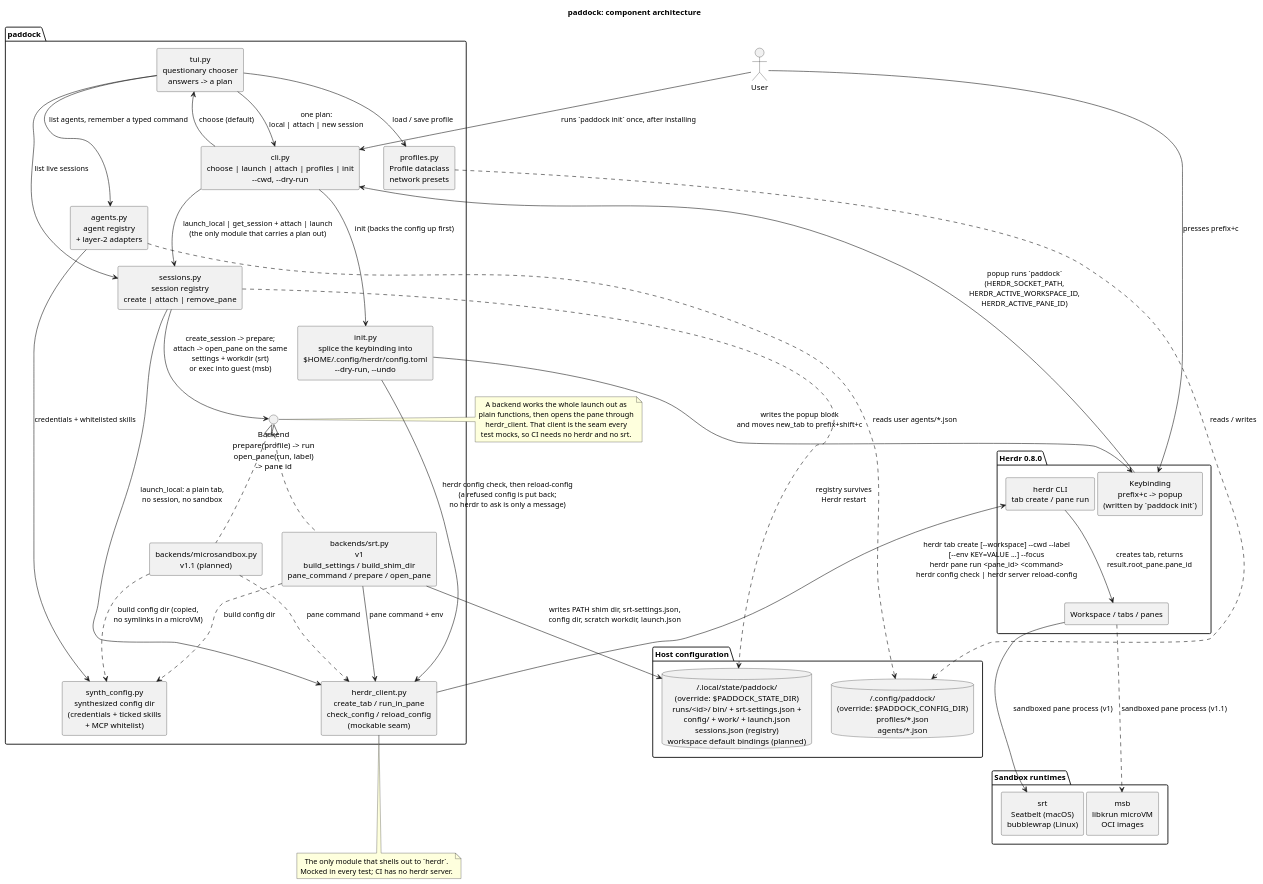
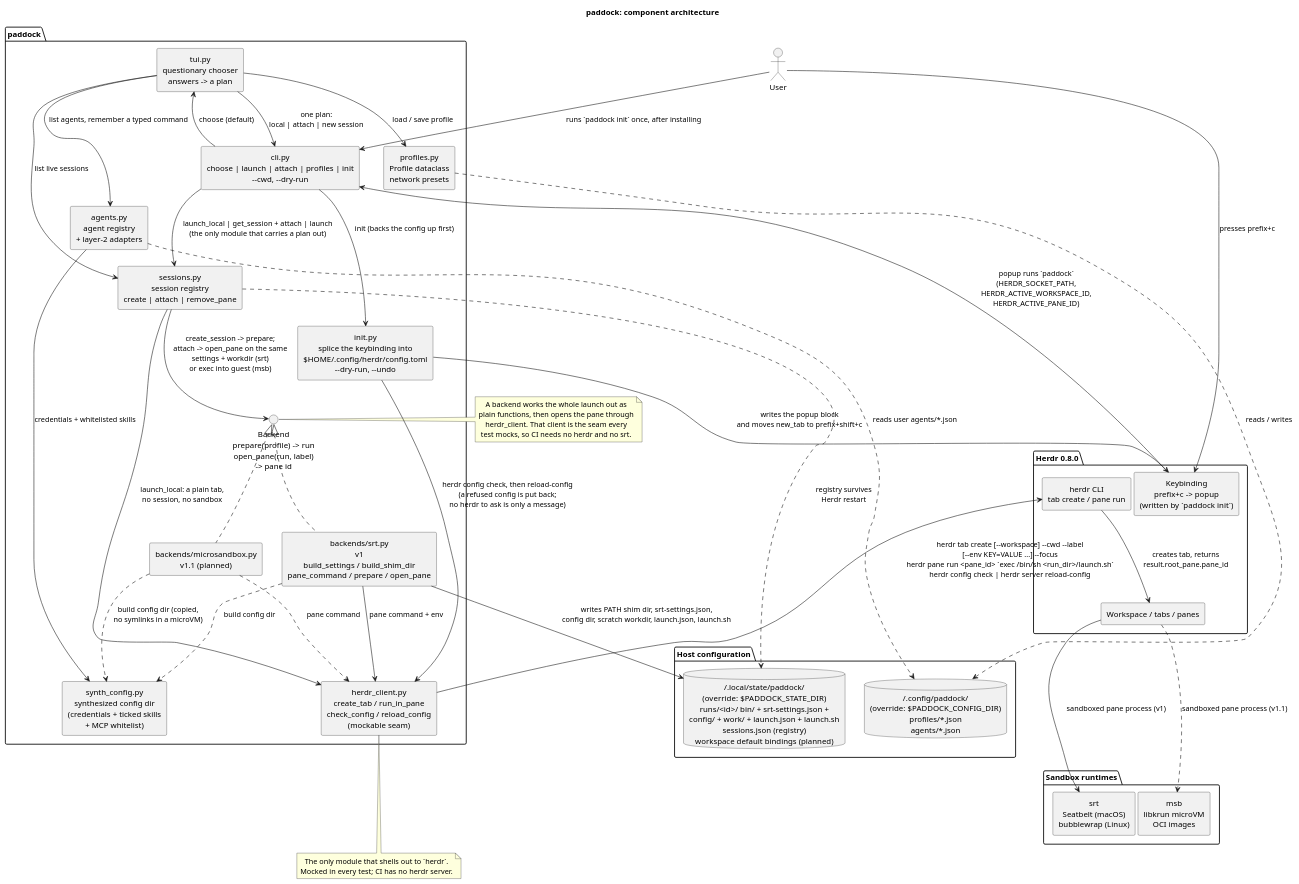
Before and after one commit to paddock-sh/paddock: the diagram in docs/diagrams/architecture.puml, drawn with PlantUML. The commit also changed 6 other files, not shown here.

First line of the commit message:
fix: launch panes via a run-dir script

```diff
--- a/docs/diagrams/architecture.puml
+++ b/docs/diagrams/architecture.puml
@@ -1,85 +1,85 @@
 @startuml architecture
 title paddock: component architecture
 
 skinparam componentStyle rectangle
 skinparam shadowing false
 skinparam defaultTextAlignment center
 
 actor User
 
 package "Herdr 0.8.0" {
   [Keybinding\nprefix+c -> popup\n(written by `paddock init`)] as Keybinding
   [herdr CLI\ntab create / pane run] as HerdrCLI
   [Workspace / tabs / panes] as HerdrUI
 }
 
 package "paddock" {
   [cli.py\nchoose | launch | attach | profiles | init\n~--cwd, ~--dry-run] as CLI
   [init.py\nsplice the keybinding into\n$HOME/.config/herdr/config.toml\n~--dry-run, ~--undo] as Init
   [tui.py\nquestionary chooser\nanswers -> a plan] as TUI
   [sessions.py\nsession registry\ncreate | attach | remove_pane] as Sessions
   [profiles.py\nProfile dataclass\nnetwork presets] as Profiles
   [agents.py\nagent registry\n+ layer-2 adapters] as Agents
   [synth_config.py\nsynthesized config dir\n(credentials + ticked skills\n+ MCP whitelist)] as SynthConfig
   interface "Backend\nprepare(profile) -> run\nopen_pane(run, label)\n-> pane id" as BackendAPI
   [backends/srt.py\nv1\nbuild_settings / build_shim_dir\npane_command / prepare / open_pane] as SrtBackend
   [backends/microsandbox.py\nv1.1 (planned)] as MsbBackend
   [herdr_client.py\ncreate_tab / run_in_pane\ncheck_config / reload_config\n(mockable seam)] as HerdrClient
 }
 
 package "Host configuration" {
   database "~/.config/paddock/\n(override: $PADDOCK_CONFIG_DIR)\nprofiles/*.json\nagents/*.json" as ConfigFiles
-  database "~/.local/state/paddock/\n(override: $PADDOCK_STATE_DIR)\nruns/<id>/ bin/ + srt-settings.json +\nconfig/ + work/ + launch.json\nsessions.json (registry)\nworkspace default bindings (planned)" as RunDir
+  database "~/.local/state/paddock/\n(override: $PADDOCK_STATE_DIR)\nruns/<id>/ bin/ + srt-settings.json +\nconfig/ + work/ + launch.json + launch.sh\nsessions.json (registry)\nworkspace default bindings (planned)" as RunDir
 }
 
 package "Sandbox runtimes" {
   [srt\nSeatbelt (macOS)\nbubblewrap (Linux)] as Srt
   [msb\nlibkrun microVM\nOCI images] as Msb
 }
 
 User --> CLI : runs `paddock init` once, after installing
 CLI --> Init : init (backs the config up first)
 Init --> Keybinding : writes the popup block\nand moves new_tab to prefix+shift+c
 Init --> HerdrClient : herdr config check, then reload-config\n(a refused config is put back;\nno herdr to ask is only a message)
 User --> Keybinding : presses prefix+c
 Keybinding --> CLI : popup runs `paddock`\n(HERDR_SOCKET_PATH,\nHERDR_ACTIVE_WORKSPACE_ID,\nHERDR_ACTIVE_PANE_ID)
 CLI --> TUI : choose (default)
 TUI --> CLI : one plan:\nlocal | attach | new session
 TUI --> Profiles : load / save profile
 TUI --> Agents : list agents, remember a typed command
 TUI --> Sessions : list live sessions
 Sessions ..> RunDir : registry survives\nHerdr restart
 Profiles ..> ConfigFiles : reads / writes
 Agents ..> ConfigFiles : reads user agents/*.json
 
 CLI --> Sessions : launch_local | get_session + attach | launch\n(the only module that carries a plan out)
 BackendAPI <|.. SrtBackend
 BackendAPI <|.. MsbBackend
 
-SrtBackend --> RunDir : writes PATH shim dir, srt-settings.json,\nconfig dir, scratch workdir, launch.json
+SrtBackend --> RunDir : writes PATH shim dir, srt-settings.json,\nconfig dir, scratch workdir, launch.json, launch.sh
 Sessions --> BackendAPI : create_session -> prepare;\nattach -> open_pane on the same\nsettings + workdir (srt)\nor exec into guest (msb)
 Sessions --> HerdrClient : launch_local: a plain tab,\nno session, no sandbox
 SrtBackend ..> SynthConfig : build config dir
 MsbBackend ..> SynthConfig : build config dir (copied,\nno symlinks in a microVM)
 Agents --> SynthConfig : credentials + whitelisted skills
 
 SrtBackend --> HerdrClient : pane command + env
 MsbBackend ..> HerdrClient : pane command
-HerdrClient --> HerdrCLI : herdr tab create [~--workspace] ~--cwd ~--label\n[~--env KEY=VALUE ...] ~--focus\nherdr pane run <pane_id> <command>\nherdr config check | herdr server reload-config
+HerdrClient --> HerdrCLI : herdr tab create [~--workspace] ~--cwd ~--label\n[~--env KEY=VALUE ...] ~--focus\nherdr pane run <pane_id> `exec /bin/sh <run_dir>/launch.sh`\nherdr config check | herdr server reload-config
 HerdrCLI --> HerdrUI : creates tab, returns\nresult.root_pane.pane_id
 HerdrUI --> Srt : sandboxed pane process (v1)
 HerdrUI ..> Msb : sandboxed pane process (v1.1)
 
 note right of BackendAPI
   A backend works the whole launch out as
   plain functions, then opens the pane through
   herdr_client. That client is the seam every
   test mocks, so CI needs no herdr and no srt.
 end note
 
 note bottom of HerdrClient
   The only module that shells out to `herdr`.
   Mocked in every test; CI has no herdr server.
 end note
 
 @enduml
```
